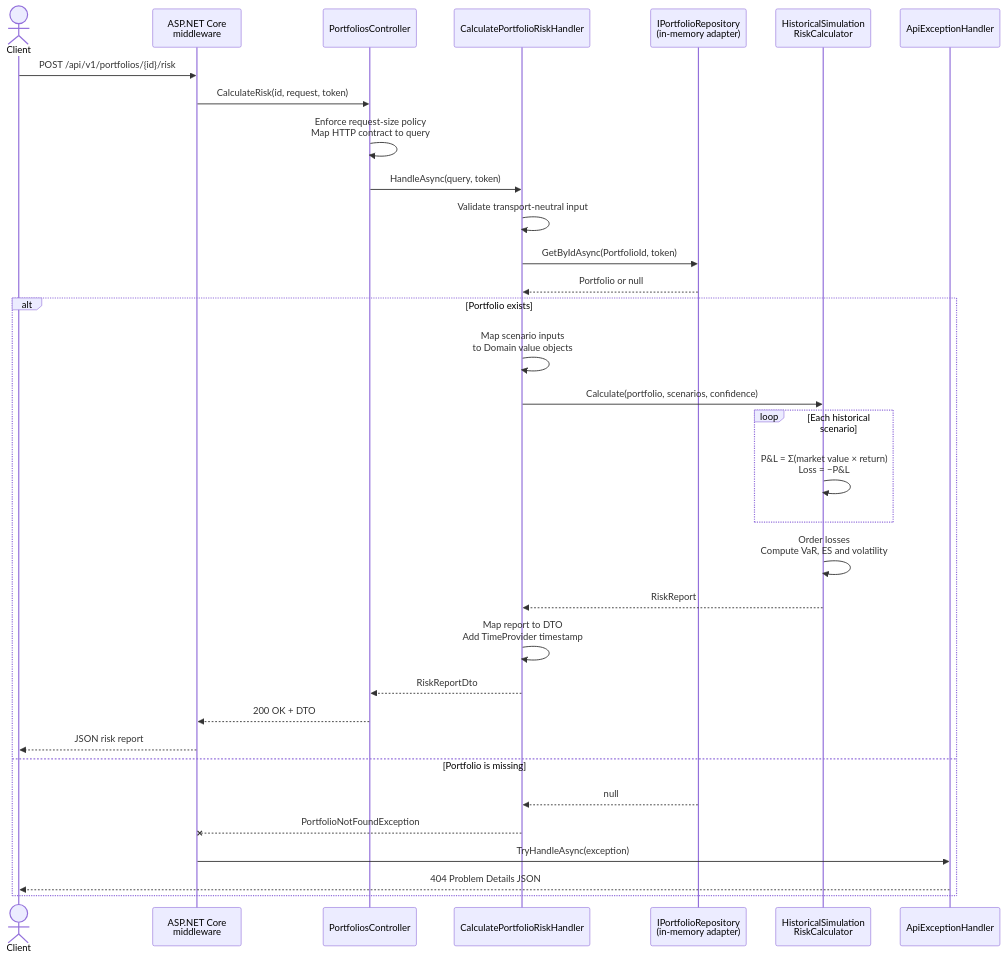
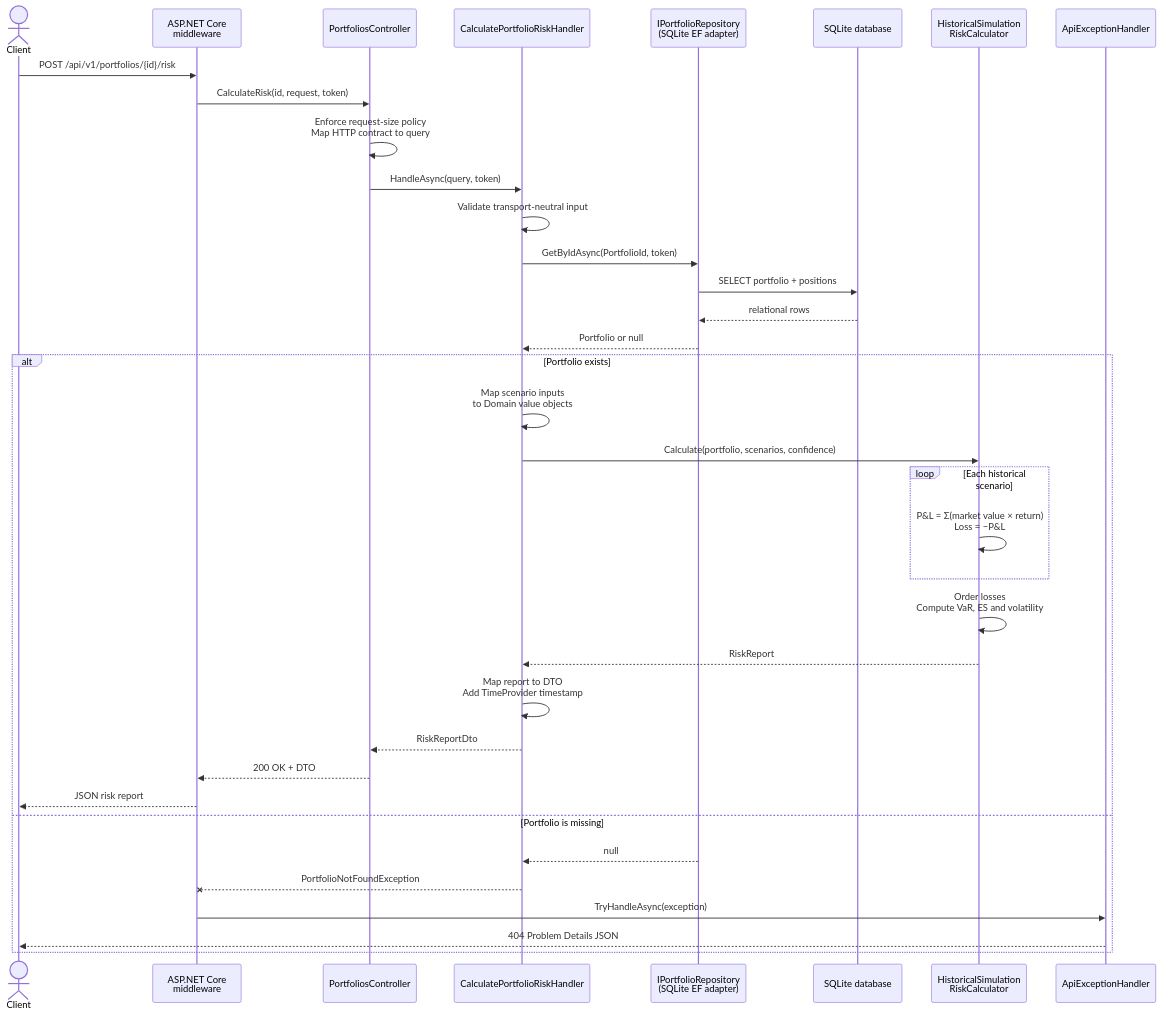
One commit to moenn1/riskengine changed the third of 9 diagrams in docs/06-mermaid-diagrams.md. Above: the diagram before and after it, drawn with Mermaid. The commit also changed other lines of this file and 46 other files, not shown here.

````diff
--- a/docs/06-mermaid-diagrams.md
+++ b/docs/06-mermaid-diagrams.md
@@ -109,37 +115,40 @@
 ```mermaid
 sequenceDiagram
     actor Client
     participant Middleware as ASP.NET Core<br/>middleware
     participant Controller as PortfoliosController
     participant Handler as CalculatePortfolioRiskHandler
-    participant Repository as IPortfolioRepository<br/>(in-memory adapter)
+    participant Repository as IPortfolioRepository<br/>(SQLite EF adapter)
+    participant Database as SQLite database
     participant Calculator as HistoricalSimulation<br/>RiskCalculator
     participant Errors as ApiExceptionHandler
 
     Client->>Middleware: POST /api/v1/portfolios/{id}/risk
     Middleware->>Controller: CalculateRisk(id, request, token)
     Controller->>Controller: Enforce request-size policy<br/>Map HTTP contract to query
     Controller->>Handler: HandleAsync(query, token)
     Handler->>Handler: Validate transport-neutral input
     Handler->>Repository: GetByIdAsync(PortfolioId, token)
+    Repository->>Database: SELECT portfolio + positions
+    Database-->>Repository: relational rows
     Repository-->>Handler: Portfolio or null
 
     alt Portfolio exists
         Handler->>Handler: Map scenario inputs<br/>to Domain value objects
         Handler->>Calculator: Calculate(portfolio, scenarios, confidence)
         loop Each historical scenario
             Calculator->>Calculator: P&L = Σ(market value × return)<br/>Loss = −P&L
         end
         Calculator->>Calculator: Order losses<br/>Compute VaR, ES and volatility
         Calculator-->>Handler: RiskReport
         Handler->>Handler: Map report to DTO<br/>Add TimeProvider timestamp
         Handler-->>Controller: RiskReportDto
         Controller-->>Middleware: 200 OK + DTO
         Middleware-->>Client: JSON risk report
     else Portfolio is missing
         Repository-->>Handler: null
         Handler--x Middleware: PortfolioNotFoundException
         Middleware->>Errors: TryHandleAsync(exception)
         Errors-->>Client: 404 Problem Details JSON
     end
 ```
````
